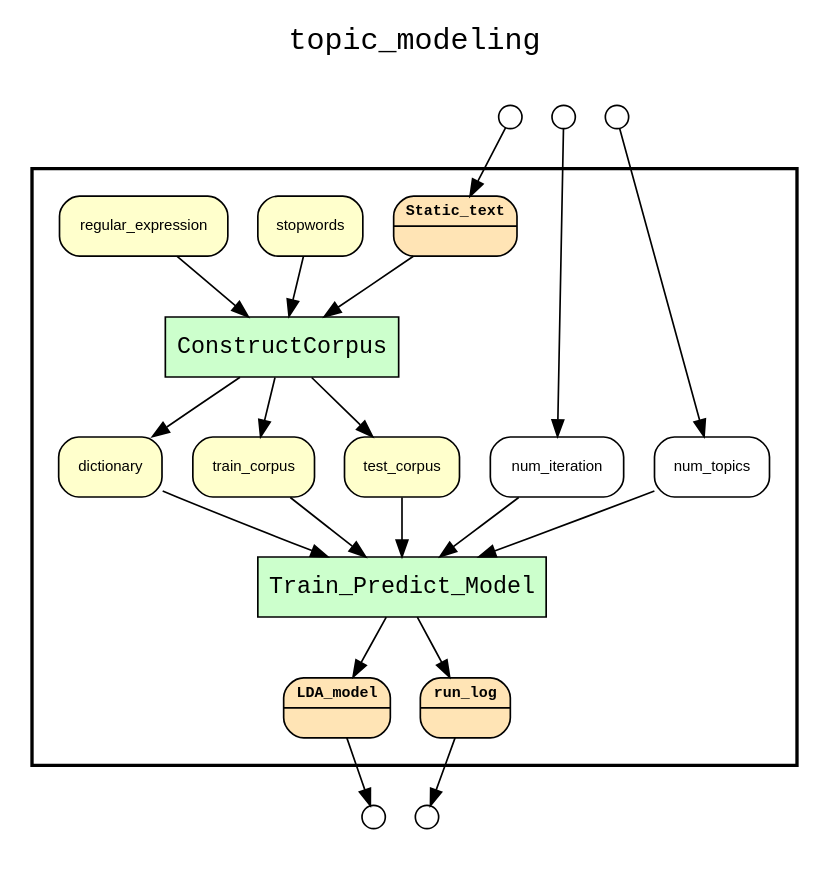
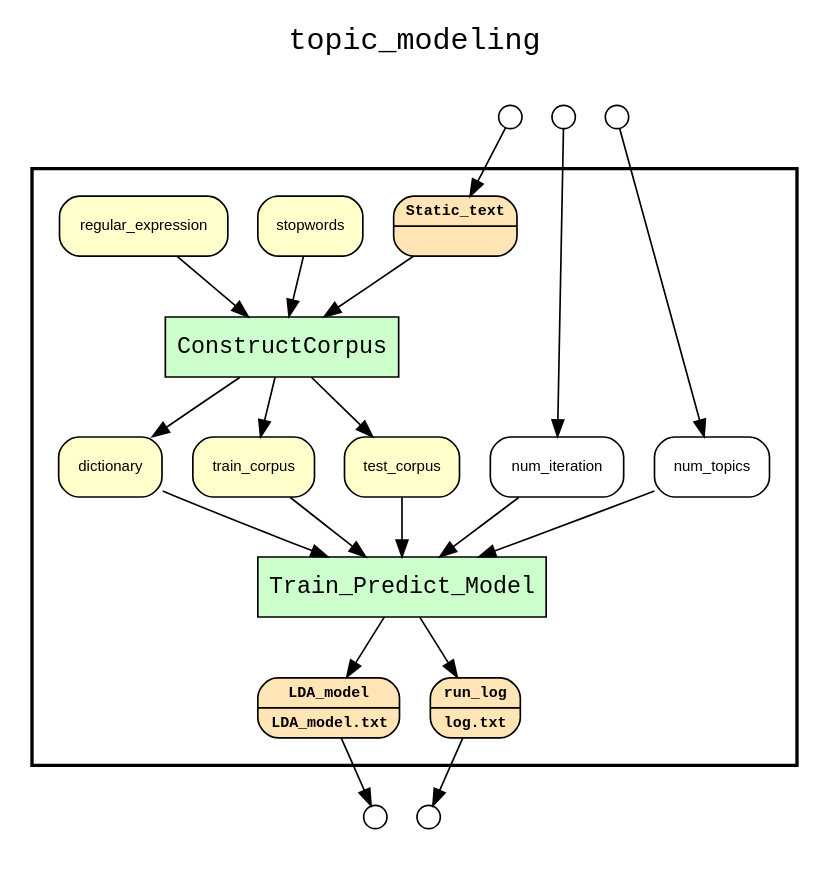
The diagram in text_mining/topic_modeling/results/wf_recon_complete_graph_all_observables.gv (LanLi2017/yw-text-mining), drawn with Graphviz before and after one commit. The commit also changed 30 other files, not shown here.

```diff
--- a/text_mining/topic_modeling/results/wf_recon_complete_graph_all_observables.gv
+++ b/text_mining/topic_modeling/results/wf_recon_complete_graph_all_observables.gv
@@ -1,58 +1,58 @@
 
 digraph yw_data_view {
 rankdir=TB
 fontname=Courier; fontsize=18; labelloc=t
 label="topic_modeling"
 subgraph cluster_workflow { label=""; color=black; penwidth=2
 subgraph cluster_workflow_inner { label=""; color=white
 node[shape=box style="filled" fillcolor="#CCFFCC" peripheries=1 fontname=Courier]
 node[shape=box style="filled" fillcolor="#CCFFCC" peripheries=1 fontname=Courier]
 ConstructCorpus
 Train_Predict_Model
 node[shape=box style="rounded,filled" fillcolor="#FFE4B5" peripheries=1 fontname="Courier-Bold" fontsize=9]
 Static_text[shape=record rankdir=LR label="{<f0> Static_text |<f1>}"]
 node[shape=box style="rounded,filled" fillcolor="#FFFFCC" peripheries=1 fontname=Helvetica]
 stopwords
 regular_expression
 dictionary
 train_corpus
 test_corpus
 node[shape=box style="rounded,filled" fillcolor="#FFE4B5" peripheries=1 fontname="Courier-Bold" fontsize=9]
-LDA_model[shape=record rankdir=LR label="{<f0> LDA_model |<f1>}"]
-run_log[shape=record rankdir=LR label="{<f0> run_log |<f1>}"]
+LDA_model[shape=record rankdir=LR label="{<f0> LDA_model |<f1>LDA_model.txt\l}"]
+run_log[shape=record rankdir=LR label="{<f0> run_log |<f1>log.txt\l}"]
 node[shape=box style="rounded,filled" fillcolor="#FFFFFF" peripheries=1 fontname=Helvetica]
 num_iteration
 num_topics
 }}
 subgraph cluster_inflows { label=""; color=white; penwidth=2
 subgraph cluster_inflows_inner { label=""; color=white
 node[shape=circle fillcolor="#FFFFFF" peripheries=1 width=0.2]
 Static_text_inflow [label=""]
 num_iteration_inflow [label=""]
 num_topics_inflow [label=""]
 }}
 subgraph cluster_outflows { label=""; color=white; penwidth=2
 subgraph cluster_outflows_inner { label=""; color=white
 node[shape=circle fillcolor="#FFFFFF" peripheries=1 width=0.2]
 run_log_outflow [label=""]
 LDA_model_outflow [label=""]
 }}
 Static_text -> ConstructCorpus
 stopwords -> ConstructCorpus
 regular_expression -> ConstructCorpus
 dictionary -> Train_Predict_Model
 train_corpus -> Train_Predict_Model
 test_corpus -> Train_Predict_Model
 num_iteration -> Train_Predict_Model
 num_topics -> Train_Predict_Model
 ConstructCorpus -> dictionary
 ConstructCorpus -> train_corpus
 ConstructCorpus -> test_corpus
 Train_Predict_Model -> LDA_model
 Train_Predict_Model -> run_log
 Static_text_inflow -> Static_text
 num_iteration_inflow -> num_iteration
 num_topics_inflow -> num_topics
 run_log -> run_log_outflow
 LDA_model -> LDA_model_outflow
 }
```
